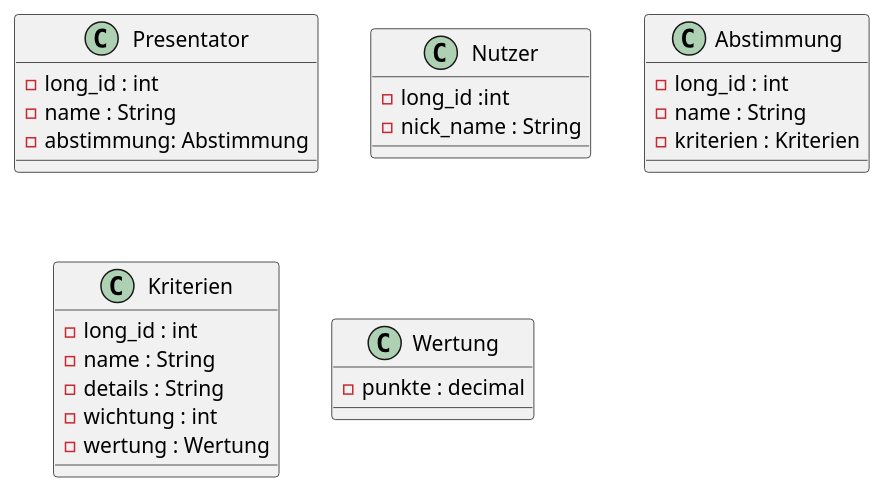
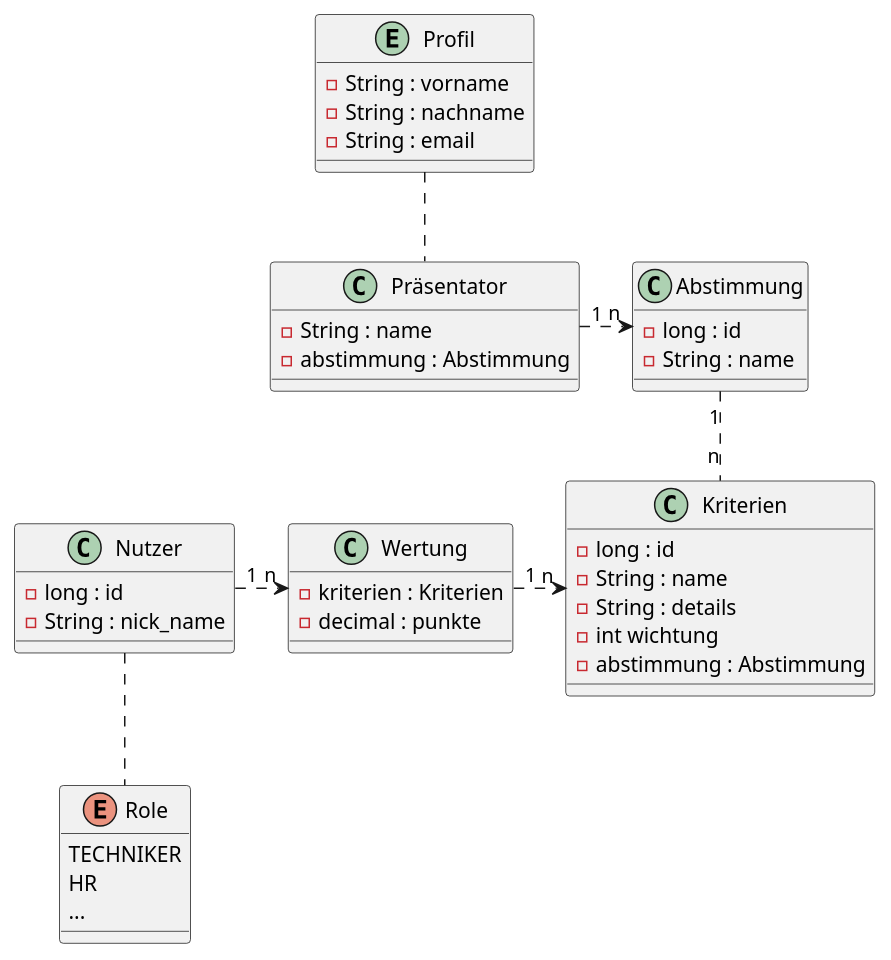
Before and after one commit to MathiasLux/Uml_Training: the diagram in src/main/plantuml/vergleichsportal-domain.puml, drawn with PlantUML.

Commit message:
neues Update

```diff
--- a/src/main/plantuml/vergleichsportal-domain.puml
+++ b/src/main/plantuml/vergleichsportal-domain.puml
@@ -1,32 +1,53 @@
 @startuml
 'https://plantuml.com/class-diagram
 
 
-class Presentator{
--long_id : int
--name : String
--abstimmung: Abstimmung
+
+class Nutzer{
+-long : id
+-String : nick_name
 }
 
-class Nutzer{
--long_id :int
--nick_name : String
+enum Role {
+TECHNIKER
+HR
+...
 }
+
+entity Profil{
+-String : vorname
+-String : nachname
+-String : email
+}
+
+class Präsentator{
+-String : name
+-abstimmung : Abstimmung
+}
+
 class Abstimmung{
--long_id : int
--name : String
--kriterien : Kriterien
+-long : id
+-String : name
+
 }
 class Kriterien{
--long_id : int
--name : String
--details : String
--wichtung : int
--wertung : Wertung
+-long : id
+-String : name
+-String : details
+-int wichtung
+-abstimmung : Abstimmung
 }
 
 class Wertung{
--punkte : decimal
+-kriterien : Kriterien
+-decimal : punkte
 }
 
+Abstimmung "1" .. "n" Kriterien
+Nutzer "1" .> "n" Wertung
+Wertung "1" .> "n" Kriterien
+Nutzer .. Role
+Präsentator "1" .> "n" Abstimmung
+Profil .. Präsentator
+
 @enduml
```
